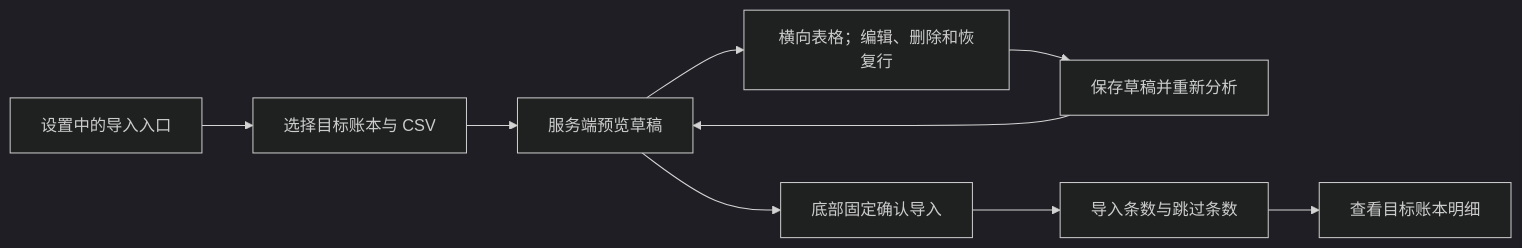
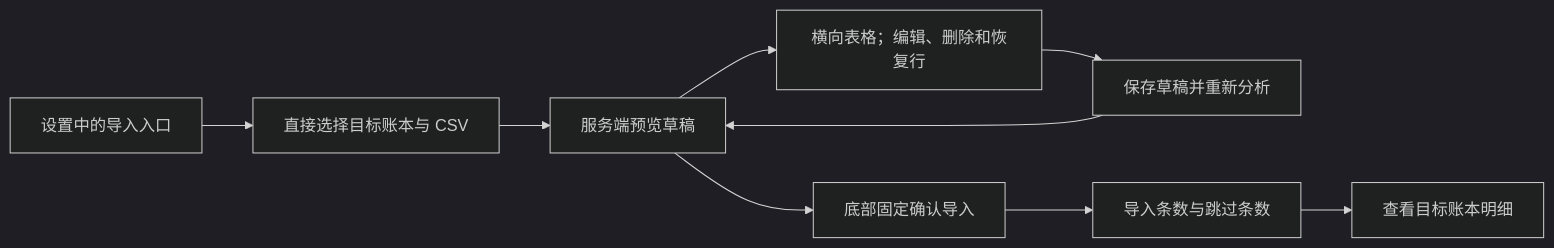
The diagram in docs/flowcharts/shark-import.md (whale-wave/ww-bill-client), drawn with Mermaid (dark theme) before and after one commit. The commit also changed other lines of this file and 47 other files, not shown here.

Commit message:
feat(client): improve import and bookkeeping flows

````diff
--- a/docs/flowcharts/shark-import.md
+++ b/docs/flowcharts/shark-import.md
@@ -3,11 +3,11 @@
 ```mermaid
 flowchart LR
-  Entry[设置中的导入入口] --> Pick[选择目标账本与 CSV]
+  Entry[设置中的导入入口] --> Pick[直接选择目标账本与 CSV]
   Pick --> Preview[服务端预览草稿]
   Preview --> Edit[横向表格；编辑、删除和恢复行]
   Edit --> Save[保存草稿并重新分析]
   Save --> Preview
   Preview --> Confirm[底部固定确认导入]
   Confirm --> Result[导入条数与跳过条数]
   Result --> Ledger[查看目标账本明细]
 ```
````
